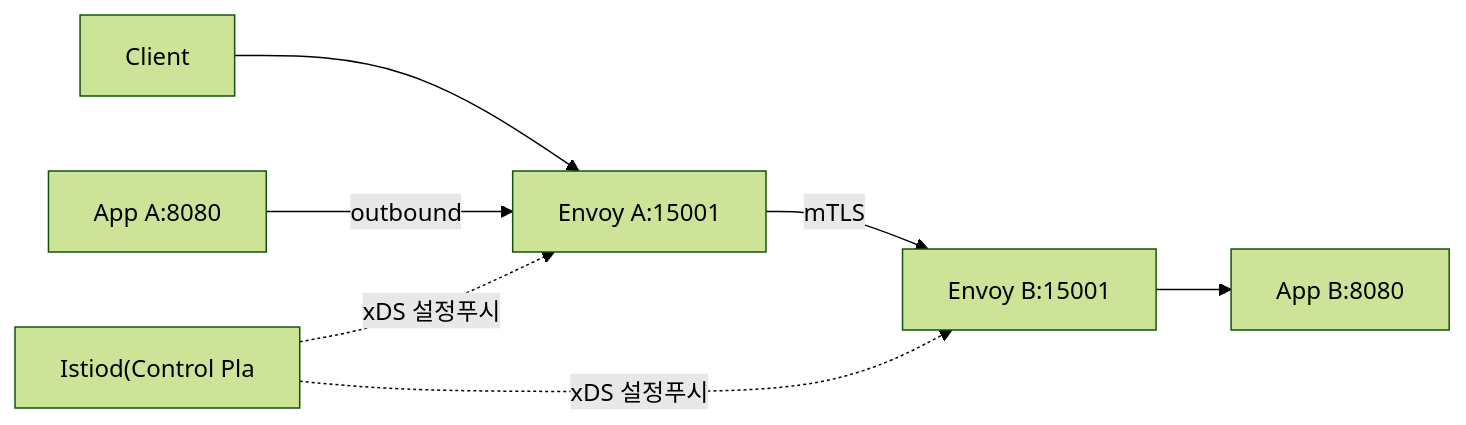
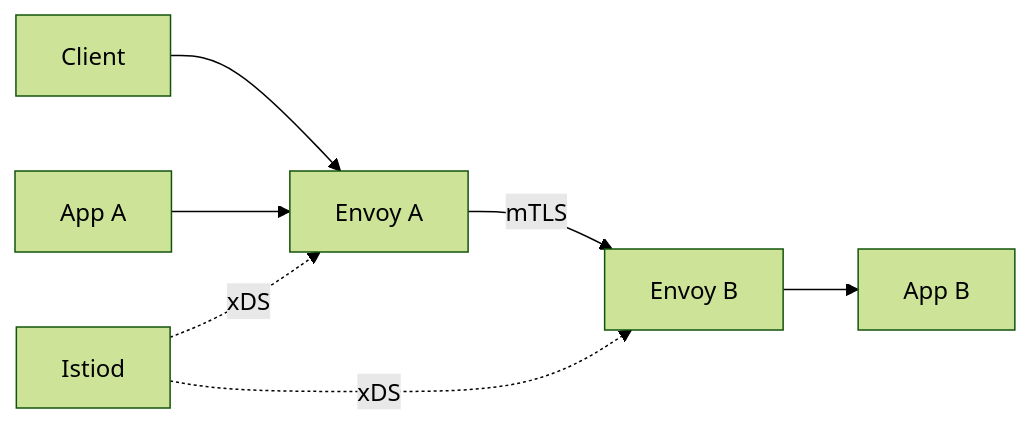
One commit to yjkim2015/yjkim2015.github.io changed the third of 8 diagrams in _posts/architecture/2026-05-02-sidecar-pattern.md. Above: the diagram before and after it, drawn with Mermaid (forest theme). The commit also changed other lines of this file and 245 other files, not shown here.

First line of the commit message:
Mermaid 다이어그램 전면 수정 + 면접 포인트 접기/펼치기 + DB 데드락 페이지

````diff
--- a/_posts/architecture/2026-05-02-sidecar-pattern.md
+++ b/_posts/architecture/2026-05-02-sidecar-pattern.md
@@ -95,9 +95,9 @@
 ```mermaid
 graph LR
-    Client --> EnvoyA["Envoy A:15001"]
-    EnvoyA -- mTLS --> EnvoyB["Envoy B:15001"]
-    EnvoyB --> AppB["App B:8080"]
-    AppA["App A:8080"] -- outbound --> EnvoyA
-    CP["Istiod(Control Pla"] -. xDS 설정푸시 .-> EnvoyA
-    CP -. xDS 설정푸시 .-> EnvoyB
+    Client --> EA["Envoy A"]
+    EA -- mTLS --> EB["Envoy B"]
+    EB --> AppB["App B"]
+    AppA["App A"] --> EA
+    CP["Istiod"] -. xDS .-> EA
+    CP -. xDS .-> EB
 ```
````
